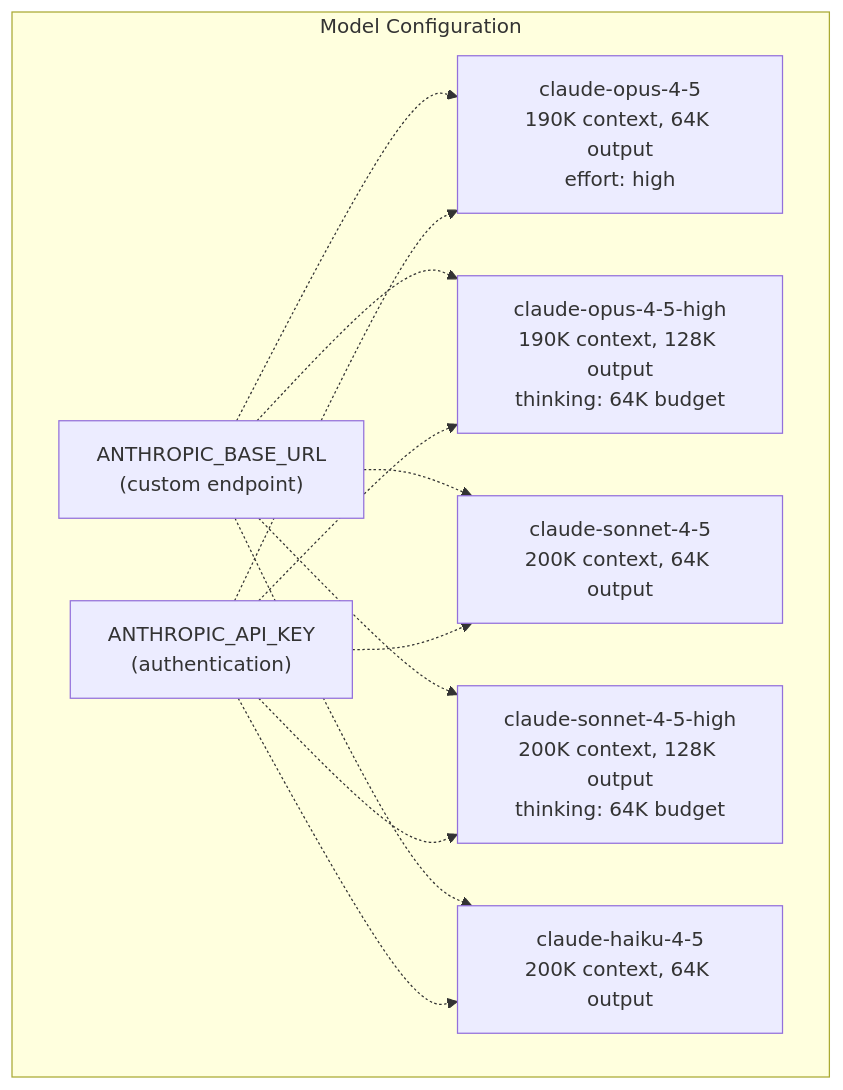
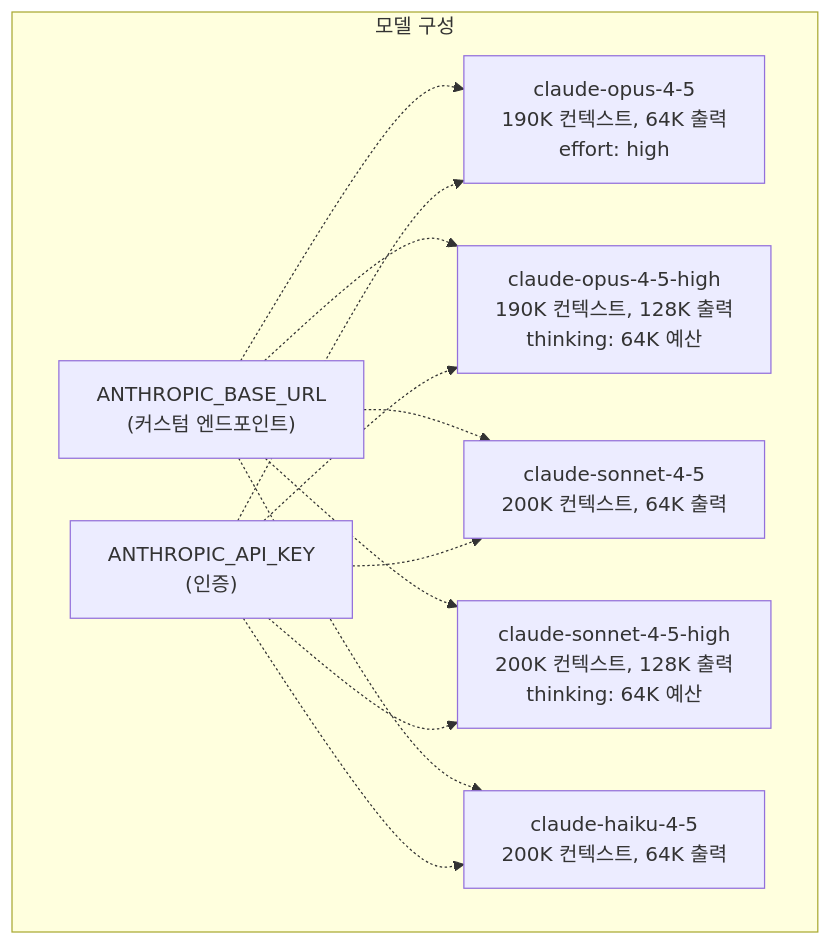
Before and after one commit to felipetruman/oh-my-opencode-docs: the fourth of 9 diagrams in docs/automation/sisyphus-agent-workflow.md, drawn with Mermaid. The commit also changed other lines of this file and 76 other files, not shown here.

````diff
--- a/docs/automation/sisyphus-agent-workflow.md
+++ b/docs/automation/sisyphus-agent-workflow.md
@@ -195,31 +181,31 @@
 ```mermaid
 flowchart TD
 
-BaseURL["ANTHROPIC_BASE_URL<br>(custom endpoint)"]
-Opus45["claude-opus-4-5<br>190K context, 64K output<br>effort: high"]
-Opus45High["claude-opus-4-5-high<br>190K context, 128K output<br>thinking: 64K budget"]
-Sonnet45["claude-sonnet-4-5<br>200K context, 64K output"]
-Sonnet45High["claude-sonnet-4-5-high<br>200K context, 128K output<br>thinking: 64K budget"]
-Haiku45["claude-haiku-4-5<br>200K context, 64K output"]
-APIKey["ANTHROPIC_API_KEY<br>(authentication)"]
+BaseURL["ANTHROPIC_BASE_URL<br>(커스텀 엔드포인트)"]
+Opus45["claude-opus-4-5<br>190K 컨텍스트, 64K 출력<br>effort: high"]
+Opus45High["claude-opus-4-5-high<br>190K 컨텍스트, 128K 출력<br>thinking: 64K 예산"]
+Sonnet45["claude-sonnet-4-5<br>200K 컨텍스트, 64K 출력"]
+Sonnet45High["claude-sonnet-4-5-high<br>200K 컨텍스트, 128K 출력<br>thinking: 64K 예산"]
+Haiku45["claude-haiku-4-5<br>200K 컨텍스트, 64K 출력"]
+APIKey["ANTHROPIC_API_KEY<br>(인증)"]
 
-subgraph subGraph0 ["Model Configuration"]
+subgraph subGraph0 ["모델 구성"]
     BaseURL
     Opus45
     Opus45High
     Sonnet45
     Sonnet45High
     Haiku45
     APIKey
     BaseURL -.-> Opus45
     BaseURL -.-> Opus45High
     BaseURL -.-> Sonnet45
     BaseURL -.-> Sonnet45High
     BaseURL -.-> Haiku45
     APIKey -.-> Opus45
     APIKey -.-> Opus45High
     APIKey -.-> Sonnet45
     APIKey -.-> Sonnet45High
     APIKey -.-> Haiku45
 end
 ```
````
